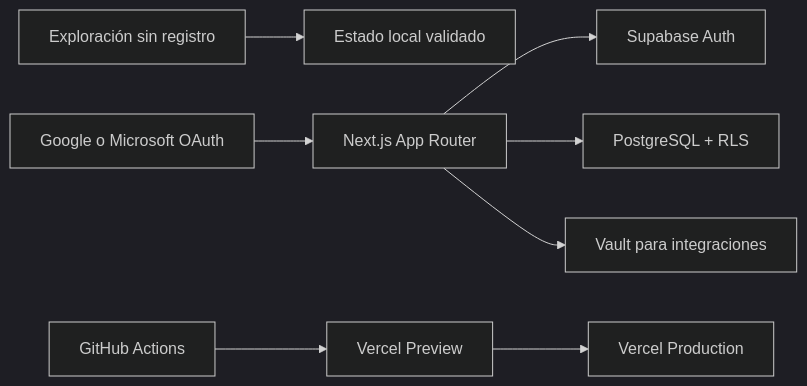
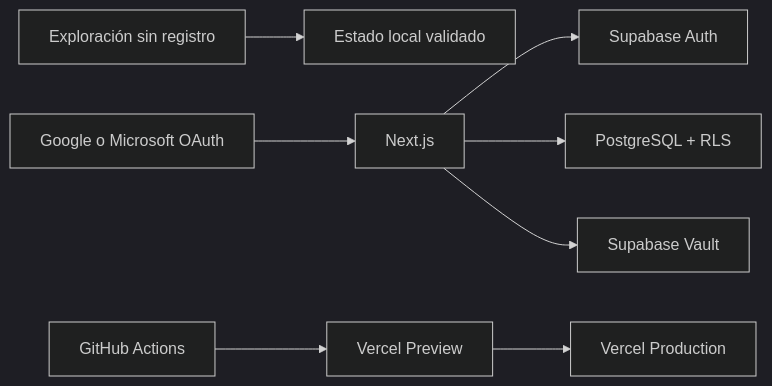
One commit to antoniojesusdelgado/management-platform-demo changed the second of 2 diagrams in README.md. Above: the diagram before and after it, drawn with Mermaid (dark theme). The commit also changed other lines of this file, not shown here.

````diff
--- a/README.md
+++ b/README.md
@@ -56,10 +61,10 @@
 ```mermaid
 flowchart LR
-  visitor["Exploración sin registro"] --> local["Estado local validado"]
-  identity["Google o Microsoft OAuth"] --> app["Next.js App Router"]
-  app --> auth["Supabase Auth"]
-  app --> db["PostgreSQL + RLS"]
-  app --> vault["Vault para integraciones"]
-  github["GitHub Actions"] --> preview["Vercel Preview"]
-  preview --> production["Vercel Production"]
+  Guest[Exploración sin registro] --> Local[Estado local validado]
+  User[Google o Microsoft OAuth] --> App[Next.js]
+  App --> Auth[Supabase Auth]
+  App --> DB[PostgreSQL + RLS]
+  App --> Vault[Supabase Vault]
+  CI[GitHub Actions] --> Preview[Vercel Preview]
+  Preview --> Production[Vercel Production]
 ```
````
